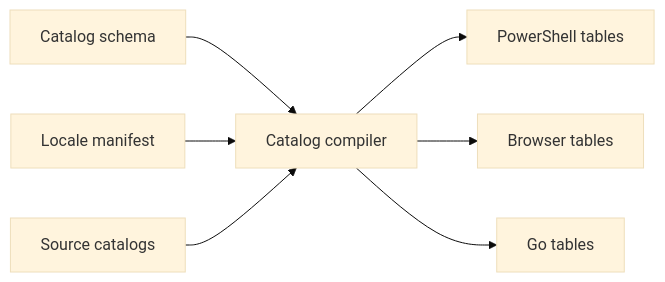
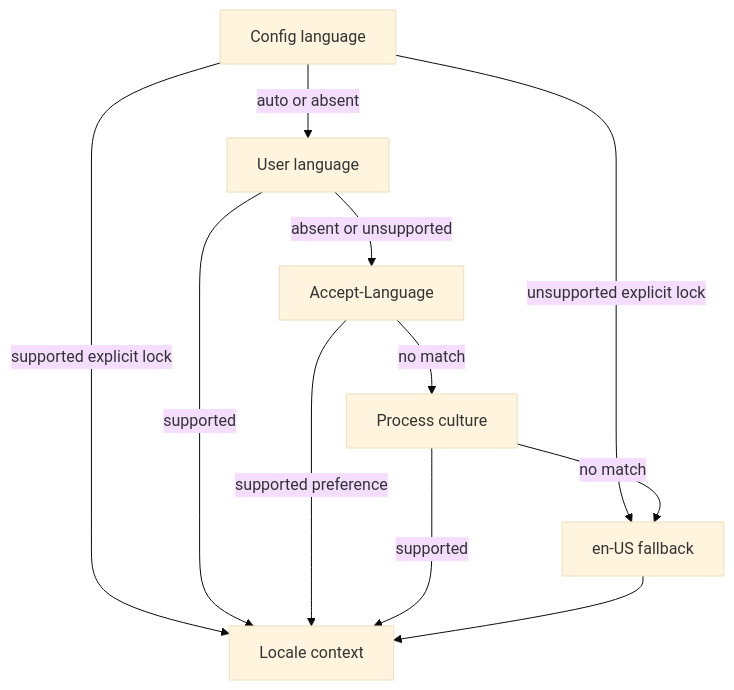
Before and after one commit to alissonsol/yuruna: the second of 3 diagrams in docs/design/07-globalization.md, drawn with Mermaid (base theme). The commit also changed other lines of this file and 1383 other files, not shown here.

````diff
--- a/docs/design/07-globalization.md
+++ b/docs/design/07-globalization.md
@@ -43,9 +57,19 @@
 ```mermaid
-flowchart LR
-    catalog-schema-json["Catalog schema"] --> invoke-catalog-compile-ps1["Catalog compiler"]
-    locale-manifest-json["Locale manifest"] --> invoke-catalog-compile-ps1
-    catalogs-en-us["Source catalogs"] --> invoke-catalog-compile-ps1
-    invoke-catalog-compile-ps1 --> generated-powershell["PowerShell tables"]
-    invoke-catalog-compile-ps1 --> generated-browser["Browser tables"]
-    invoke-catalog-compile-ps1 --> generated-go["Go tables"]
+flowchart TD
+    language["Config language"]
+    user-language["User language"]
+    accept-language["Accept-Language"]
+    process-culture["Process culture"]
+    en-us["en-US fallback"]
+    new-localecontext["Locale context"]
+    language -->|supported explicit lock| new-localecontext
+    language -->|unsupported explicit lock| en-us
+    language -->|auto or absent| user-language
+    user-language -->|supported| new-localecontext
+    user-language -->|absent or unsupported| accept-language
+    accept-language -->|supported preference| new-localecontext
+    accept-language -->|no match| process-culture
+    process-culture -->|supported| new-localecontext
+    process-culture -->|no match| en-us
+    en-us --> new-localecontext
 ```
````
